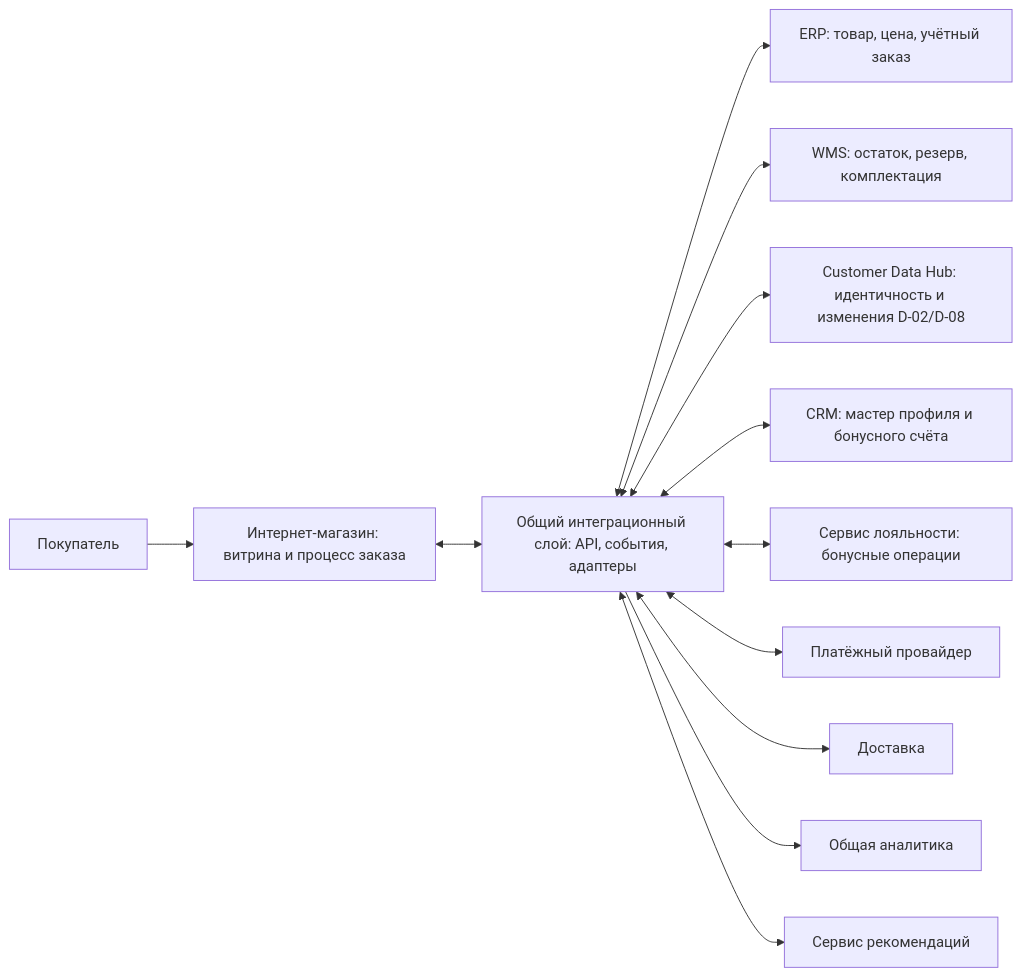
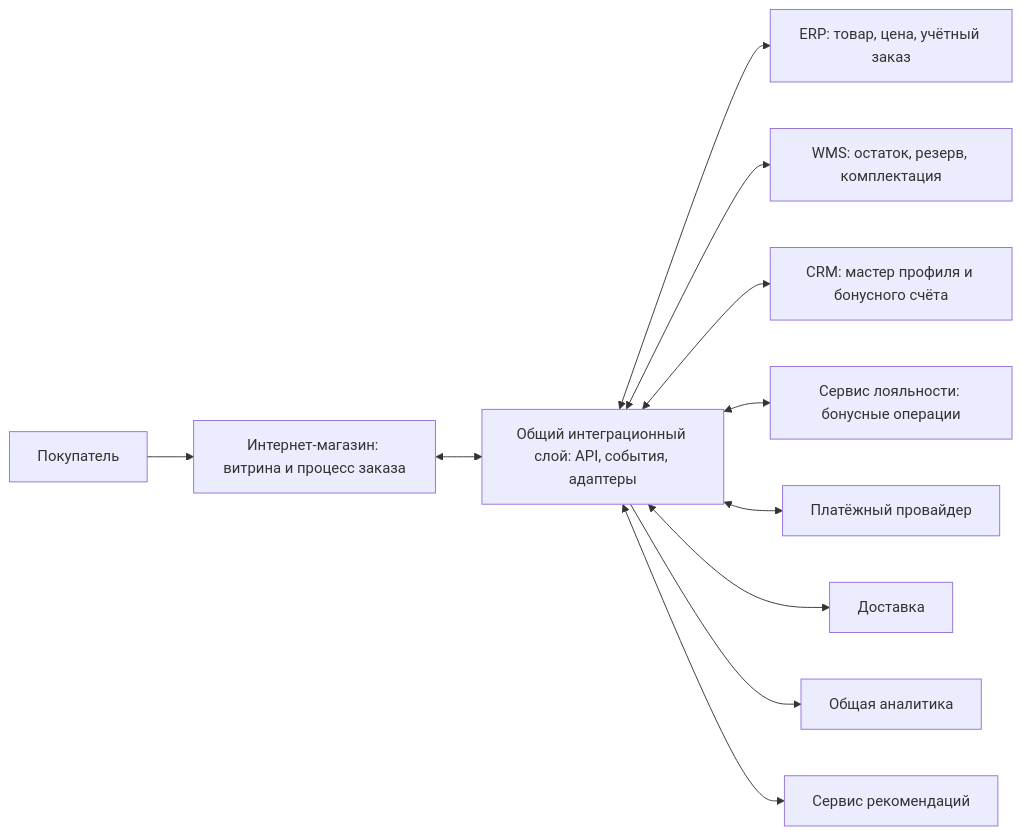
One commit to rsingatulin/hse_architecture changed the diagram in 04_e-commerce_domain/05_Architecture_Decisions/README.md. Above: the diagram before and after it, drawn with Mermaid. The commit also changed other lines of this file and 4 other files, not shown here.

Commit message:
Исключить Customer Data Hub и общий MDM из ADR интернет-продаж

````diff
--- a/04_e-commerce_domain/05_Architecture_Decisions/README.md
+++ b/04_e-commerce_domain/05_Architecture_Decisions/README.md
@@ -58,14 +58,13 @@
 ```mermaid
 flowchart LR
     buyer[Покупатель] --> shop[Интернет-магазин: витрина и процесс заказа]
     shop <--> layer[Общий интеграционный слой: API, события, адаптеры]
     layer <--> erp[ERP: товар, цена, учётный заказ]
     layer <--> wms[WMS: остаток, резерв, комплектация]
-    layer <--> hub[Customer Data Hub: идентичность и изменения D-02/D-08]
     layer <--> crm[CRM: мастер профиля и бонусного счёта]
     layer <--> loyalty[Сервис лояльности: бонусные операции]
     layer <--> payment[Платёжный провайдер]
     layer <--> delivery[Доставка]
     layer --> bi[Общая аналитика]
     layer <--> recommendations[Сервис рекомендаций]
 ```
````
